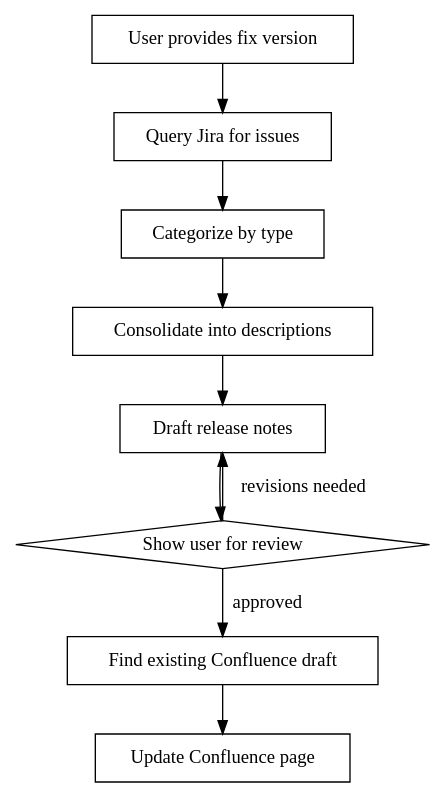
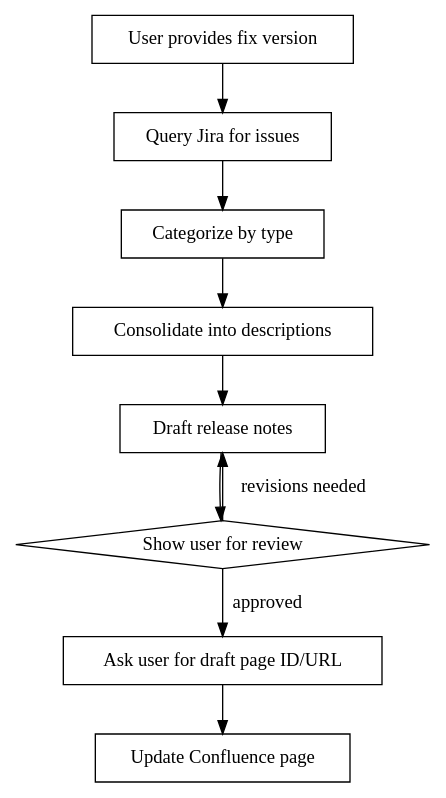
Before and after one commit to kevinmatspie/claude-skills: the diagram in skills/release-notes/SKILL.md, drawn with Graphviz. The commit also changed other lines of this file and 2 other files, not shown here.

First line of the commit message:
release-notes: ask user for draft page ID instead of searching

````diff
--- a/skills/release-notes/SKILL.md
+++ b/skills/release-notes/SKILL.md
@@ -19,21 +19,21 @@
 ```dot
 digraph release_notes {
     "User provides fix version" [shape=box];
     "Query Jira for issues" [shape=box];
     "Categorize by type" [shape=box];
     "Consolidate into descriptions" [shape=box];
     "Draft release notes" [shape=box];
     "Show user for review" [shape=diamond];
-    "Find existing Confluence draft" [shape=box];
+    "Ask user for draft page ID/URL" [shape=box];
     "Update Confluence page" [shape=box];
 
     "User provides fix version" -> "Query Jira for issues";
     "Query Jira for issues" -> "Categorize by type";
     "Categorize by type" -> "Consolidate into descriptions";
     "Consolidate into descriptions" -> "Draft release notes";
     "Draft release notes" -> "Show user for review";
-    "Show user for review" -> "Find existing Confluence draft" [label="approved"];
+    "Show user for review" -> "Ask user for draft page ID/URL" [label="approved"];
     "Show user for review" -> "Draft release notes" [label="revisions needed"];
-    "Find existing Confluence draft" -> "Update Confluence page";
+    "Ask user for draft page ID/URL" -> "Update Confluence page";
 }
 ```
````
